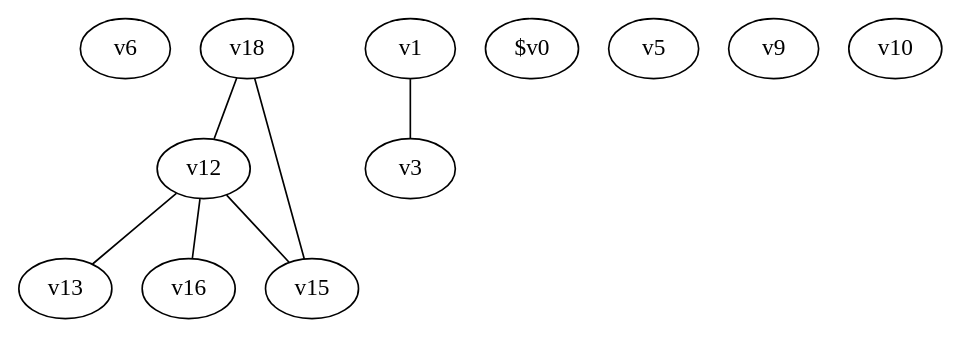
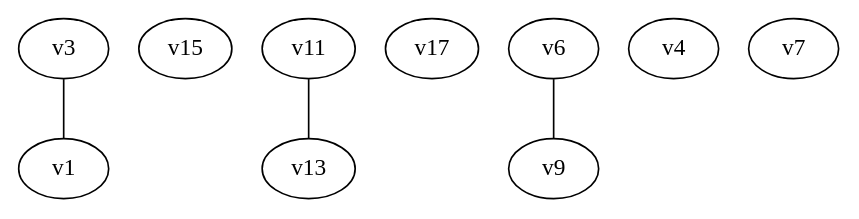
Before and after one commit to AidanGoldfarb/CtoMIPS: the diagram in ig.dot, drawn with Graphviz. The commit also changed 9 other files, not shown here.

```diff
--- a/ig.dot
+++ b/ig.dot
@@ -1,20 +1,15 @@
 graph {
+"v3"
+"v15"
+"v11"
+"v17"
+"v9"
+"v4"
+"v13"
+"v7"
 "v6"
-"v18"
 "v1"
-"$v0"
-"v12"
-"v13"
-"v5"
-"v9"
-"v16"
-"v10"
-"v15"
-"v3"
-"v12" -- "v15"
-"v1" -- "v3"
-"v18" -- "v12"
-"v18" -- "v15"
-"v12" -- "v16"
-"v12" -- "v13"
+"v6" -- "v9"
+"v3" -- "v1"
+"v11" -- "v13"
 }
```
